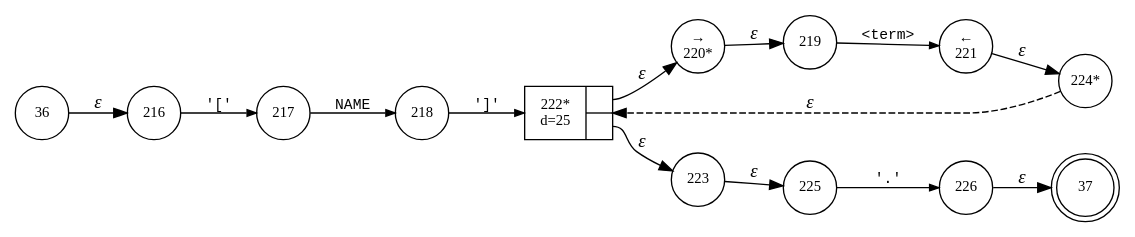
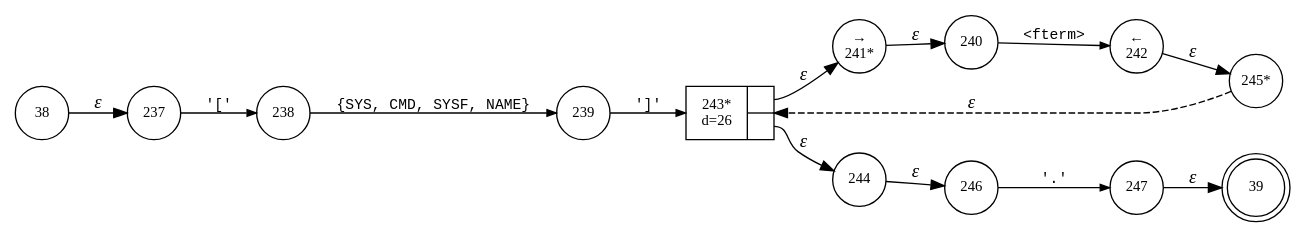
The diagram in internal/parser/Bund.function_term.dot (vulogov/Bund2), drawn with Graphviz before and after one commit. The commit also changed 74 other files, not shown here.

```diff
--- a/internal/parser/Bund.function_term.dot
+++ b/internal/parser/Bund.function_term.dot
@@ -1,29 +1,29 @@
 digraph ATN {
 rankdir=LR;
-s37[fontsize=11, label="37", shape=doublecircle, fixedsize=true, width=.6];
-s224[fontsize=11,label="224*", shape=circle, fixedsize=true, width=.55, peripheries=1];
-s225[fontsize=11,label="225", shape=circle, fixedsize=true, width=.55, peripheries=1];
-s226[fontsize=11,label="226", shape=circle, fixedsize=true, width=.55, peripheries=1];
-s36[fontsize=11,label="36", shape=circle, fixedsize=true, width=.55, peripheries=1];
-s216[fontsize=11,label="216", shape=circle, fixedsize=true, width=.55, peripheries=1];
-s217[fontsize=11,label="217", shape=circle, fixedsize=true, width=.55, peripheries=1];
-s218[fontsize=11,label="218", shape=circle, fixedsize=true, width=.55, peripheries=1];
-s219[fontsize=11,label="219", shape=circle, fixedsize=true, width=.55, peripheries=1];
-s220[fontsize=11,label="&rarr;\n220*", shape=circle, fixedsize=true, width=.55, peripheries=1];
-s221[fontsize=11,label="&larr;\n221", shape=circle, fixedsize=true, width=.55, peripheries=1];
-s222[fontsize=11,label="{222*\nd=25|{<p0>|<p1>}}", shape=record, fixedsize=false, peripheries=1];
-s223[fontsize=11,label="223", shape=circle, fixedsize=true, width=.55, peripheries=1];
-s36 -> s216 [fontname="Times-Italic", label="&epsilon;"];
-s216 -> s217 [fontsize=11, fontname="Courier", arrowsize=.7, label = "'['", arrowhead = normal];
-s217 -> s218 [fontsize=11, fontname="Courier", arrowsize=.7, label = "NAME", arrowhead = normal];
-s218 -> s222 [fontsize=11, fontname="Courier", arrowsize=.7, label = "']'", arrowhead = normal];
-s222:p0 -> s220 [fontname="Times-Italic", label="&epsilon;"];
-s222:p1 -> s223 [fontname="Times-Italic", label="&epsilon;"];
-s220 -> s219 [fontname="Times-Italic", label="&epsilon;"];
-s223 -> s225 [fontname="Times-Italic", label="&epsilon;"];
-s219 -> s221 [fontsize=11, fontname="Courier", arrowsize=.7, label = "<term>", arrowhead = normal];
-s225 -> s226 [fontsize=11, fontname="Courier", arrowsize=.7, label = "'.'", arrowhead = normal];
-s221 -> s224 [fontname="Times-Italic", label="&epsilon;"];
-s226 -> s37 [fontname="Times-Italic", label="&epsilon;"];
-s224 -> s222 [fontname="Times-Italic", label="&epsilon;", style="dashed"];
+s39[fontsize=11, label="39", shape=doublecircle, fixedsize=true, width=.6];
+s38[fontsize=11,label="38", shape=circle, fixedsize=true, width=.55, peripheries=1];
+s237[fontsize=11,label="237", shape=circle, fixedsize=true, width=.55, peripheries=1];
+s238[fontsize=11,label="238", shape=circle, fixedsize=true, width=.55, peripheries=1];
+s239[fontsize=11,label="239", shape=circle, fixedsize=true, width=.55, peripheries=1];
+s240[fontsize=11,label="240", shape=circle, fixedsize=true, width=.55, peripheries=1];
+s241[fontsize=11,label="&rarr;\n241*", shape=circle, fixedsize=true, width=.55, peripheries=1];
+s242[fontsize=11,label="&larr;\n242", shape=circle, fixedsize=true, width=.55, peripheries=1];
+s243[fontsize=11,label="{243*\nd=26|{<p0>|<p1>}}", shape=record, fixedsize=false, peripheries=1];
+s244[fontsize=11,label="244", shape=circle, fixedsize=true, width=.55, peripheries=1];
+s245[fontsize=11,label="245*", shape=circle, fixedsize=true, width=.55, peripheries=1];
+s246[fontsize=11,label="246", shape=circle, fixedsize=true, width=.55, peripheries=1];
+s247[fontsize=11,label="247", shape=circle, fixedsize=true, width=.55, peripheries=1];
+s38 -> s237 [fontname="Times-Italic", label="&epsilon;"];
+s237 -> s238 [fontsize=11, fontname="Courier", arrowsize=.7, label = "'['", arrowhead = normal];
+s238 -> s239 [fontsize=11, fontname="Courier", arrowsize=.7, label = "{SYS, CMD, SYSF, NAME}", arrowhead = normal];
+s239 -> s243 [fontsize=11, fontname="Courier", arrowsize=.7, label = "']'", arrowhead = normal];
+s243:p0 -> s241 [fontname="Times-Italic", label="&epsilon;"];
+s243:p1 -> s244 [fontname="Times-Italic", label="&epsilon;"];
+s241 -> s240 [fontname="Times-Italic", label="&epsilon;"];
+s244 -> s246 [fontname="Times-Italic", label="&epsilon;"];
+s240 -> s242 [fontsize=11, fontname="Courier", arrowsize=.7, label = "<fterm>", arrowhead = normal];
+s246 -> s247 [fontsize=11, fontname="Courier", arrowsize=.7, label = "'.'", arrowhead = normal];
+s242 -> s245 [fontname="Times-Italic", label="&epsilon;"];
+s247 -> s39 [fontname="Times-Italic", label="&epsilon;"];
+s245 -> s243 [fontname="Times-Italic", label="&epsilon;", style="dashed"];
 }
```
